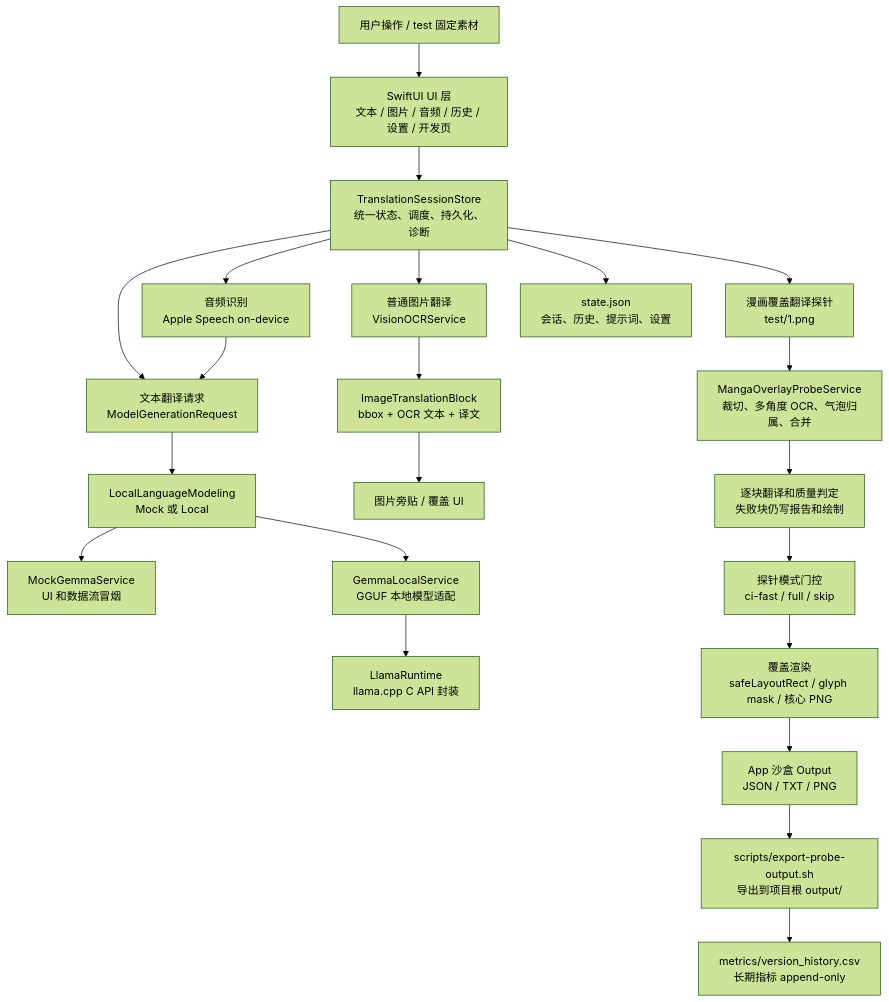
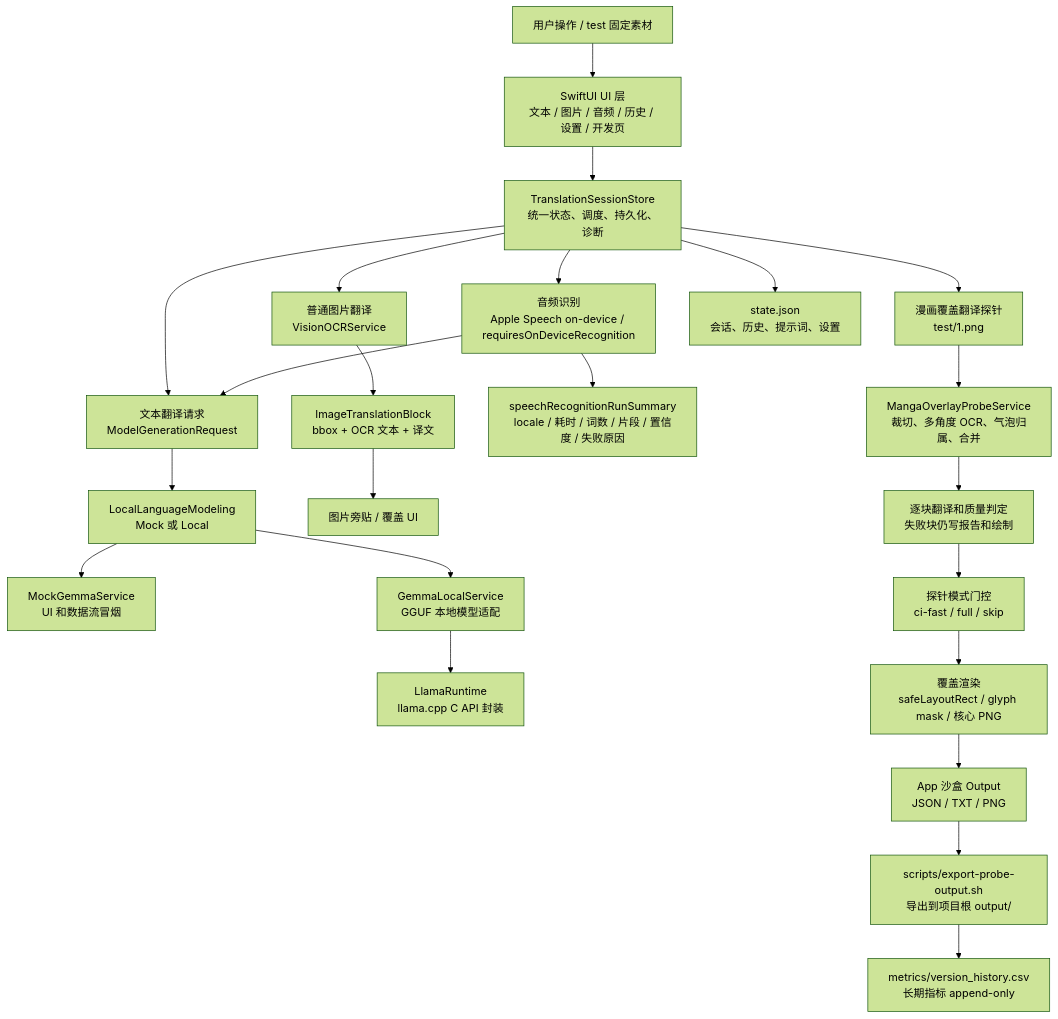
Before and after one commit to bengzhu/project1_lgbt_naxida: the first of 3 diagrams in md/flow/flowchart.md, drawn with Mermaid (forest theme). The commit also changed 7 other files, not shown here.

````diff
--- a/md/flow/flowchart.md
+++ b/md/flow/flowchart.md
@@ -7,37 +7,38 @@
 ```mermaid
 flowchart TD
   %% 用户入口：文本、图片、音频、开发页探针
   A["用户操作 / test 固定素材"] --> B["SwiftUI UI 层<br/>文本 / 图片 / 音频 / 历史 / 设置 / 开发页"]
 
   %% 状态中心：所有业务动作统一进入 store
   B --> C["TranslationSessionStore<br/>统一状态、调度、持久化、诊断"]
 
   %% 文本翻译分支：普通用户输入
   C --> D["文本翻译请求<br/>ModelGenerationRequest"]
   D --> E["LocalLanguageModeling<br/>Mock 或 Local"]
   E --> F["MockGemmaService<br/>UI 和数据流冒烟"]
   E --> G["GemmaLocalService<br/>GGUF 本地模型适配"]
   G --> H["LlamaRuntime<br/>llama.cpp C API 封装"]
 
   %% 图片 OCR 分支：普通图片翻译
   C --> I["普通图片翻译<br/>VisionOCRService"]
   I --> J["ImageTranslationBlock<br/>bbox + OCR 文本 + 译文"]
   J --> K["图片旁贴 / 覆盖 UI"]
 
   %% 音频分支：Apple 本机语音识别
-  C --> L["音频识别<br/>Apple Speech on-device"]
+  C --> L["音频识别<br/>Apple Speech on-device / requiresOnDeviceRecognition"]
+  L --> LV["speechRecognitionRunSummary<br/>locale / 耗时 / 词数 / 片段 / 置信度 / 失败原因"]
   L --> D
 
   %% 漫画探针分支：固定 test/1.png
   C --> M["漫画覆盖翻译探针<br/>test/1.png"]
   M --> N["MangaOverlayProbeService<br/>裁切、多角度 OCR、气泡归属、合并"]
   N --> O["逐块翻译和质量判定<br/>失败块仍写报告和绘制"]
   O --> P["探针模式门控<br/>ci-fast / full / skip"]
   P --> Q["覆盖渲染<br/>safeLayoutRect / glyph mask / 核心 PNG"]
 
   %% 输出：持久化和调试产物
   C --> R["state.json<br/>会话、历史、提示词、设置"]
   Q --> S["App 沙盒 Output<br/>JSON / TXT / PNG"]
   S --> T["scripts/export-probe-output.sh<br/>导出到项目根 output/"]
   T --> U["metrics/version_history.csv<br/>长期指标 append-only"]
 ```
````
